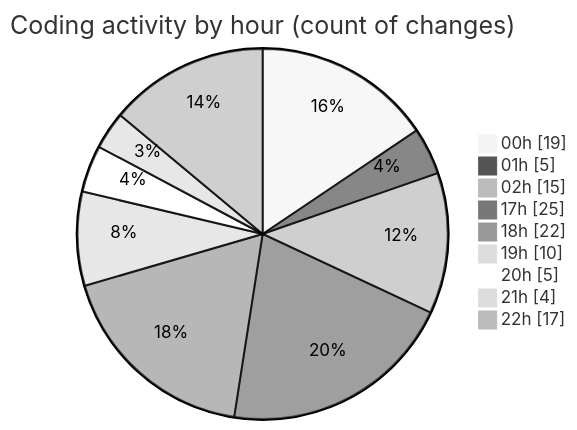
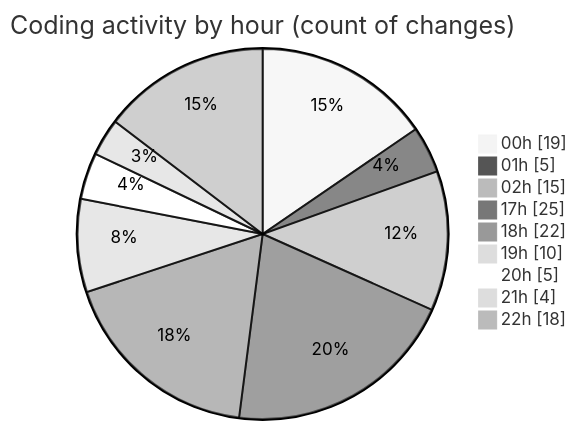
Before and after one commit to Elitesun/code-tracking: the second of 2 diagrams in 2025-02-14/elitegpt/README.md, drawn with Mermaid (neutral theme). The commit also changed other lines of this file and 1 other file, not shown here.

````diff
--- a/2025-02-14/elitegpt/README.md
+++ b/2025-02-14/elitegpt/README.md
@@ -44,13 +44,13 @@
 ```mermaid
 pie showData
 title Coding activity by hour (count of changes)
 "00h" : 19
 "01h" : 5
 "02h" : 15
 "17h" : 25
 "18h" : 22
 "19h" : 10
 "20h" : 5
 "21h" : 4
-"22h" : 17
+"22h" : 18
 ```
````
